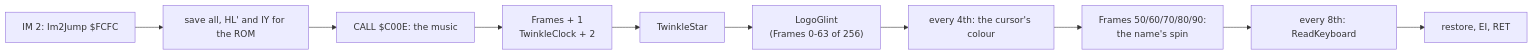
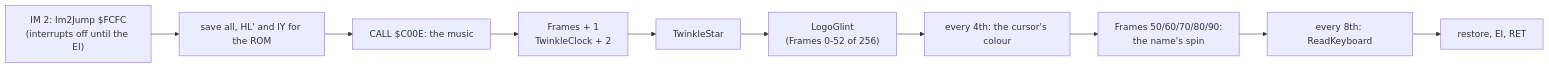
Before and after one commit to alfishe/unrealng-reverse-cases: the second of 3 diagrams in software/zyx-boot/docs/02-architecture.md, drawn with Mermaid. The commit also changed other lines of this file and 45 other files, not shown here.

````diff
--- a/software/zyx-boot/docs/02-architecture.md
+++ b/software/zyx-boot/docs/02-architecture.md
@@ -105,12 +127,12 @@
 ```mermaid
 flowchart LR
-    I["IM 2: Im2Jump $FCFC"] --> A["save all, HL' and IY for the ROM"]
+    I["IM 2: Im2Jump $FCFC<br/>(interrupts off until the EI)"] --> A["save all, HL' and IY for the ROM"]
     A --> M["CALL $C00E: the music"]
     M --> F["Frames + 1<br/>TwinkleClock + 2"]
     F --> T["TwinkleStar"]
-    T --> G["LogoGlint<br/>(Frames 0-63 of 256)"]
+    T --> G["LogoGlint<br/>(Frames 0-52 of 256)"]
     G --> C["every 4th: the cursor's colour"]
     C --> R["Frames 50/60/70/80/90:<br/>the name's spin"]
     R --> K["every 8th: ReadKeyboard"]
     K --> E["restore, EI, RET"]
 ```
````
